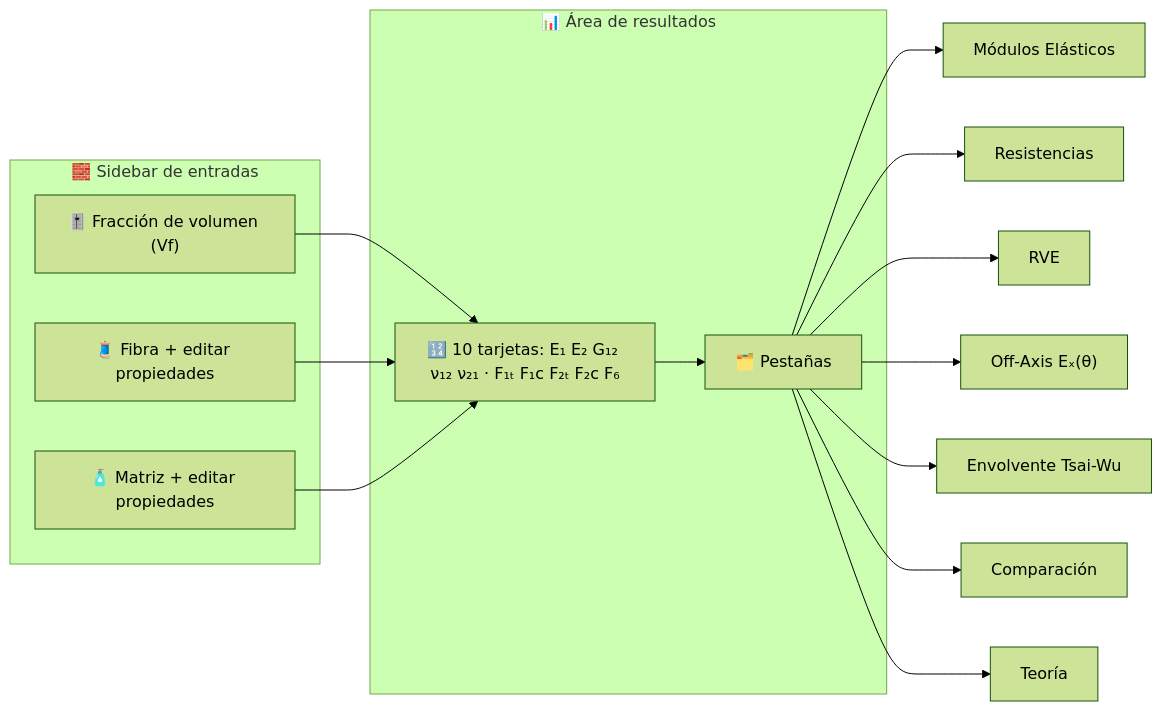
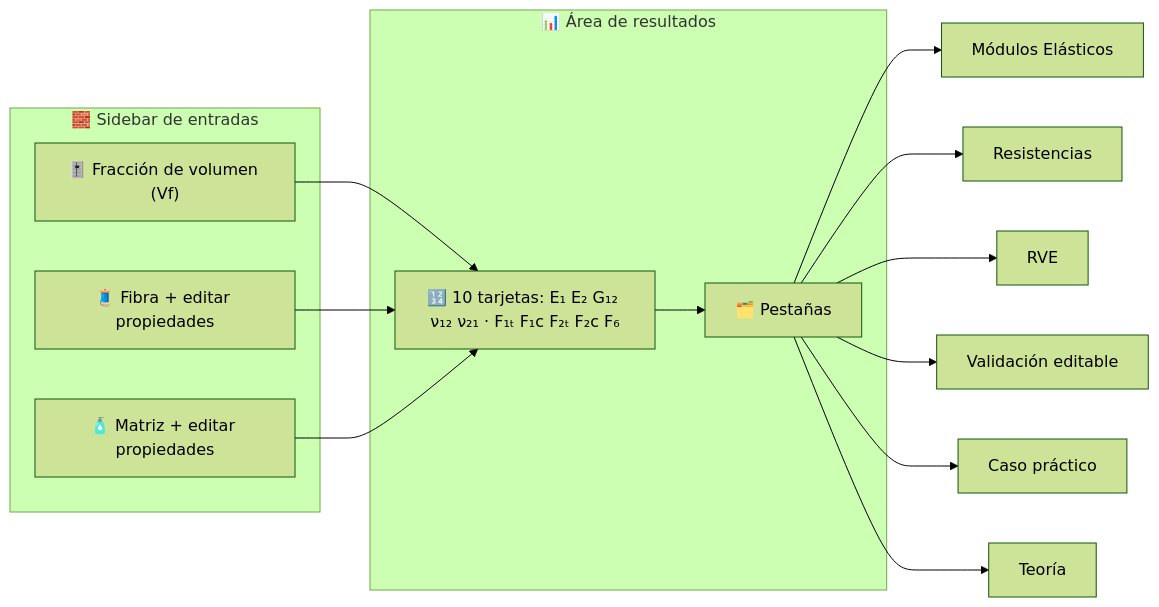
One commit to YnnySA/micromat changed the first of 2 diagrams in README.md. Above: the diagram before and after it, drawn with Mermaid (forest theme). The commit also changed other lines of this file and 4 other files, not shown here.

````diff
--- a/README.md
+++ b/README.md
@@ -74,26 +76,25 @@
 ```mermaid
 flowchart LR
     subgraph SIDEBAR["🧱 Sidebar de entradas"]
         VF["🎚️ Fracción de volumen (Vf)"]
         FB["🧵 Fibra + editar propiedades"]
         MT["🧴 Matriz + editar propiedades"]
     end
 
     subgraph MAIN["📊 Área de resultados"]
         CARDS["🔢 10 tarjetas: E₁ E₂ G₁₂ ν₁₂ ν₂₁ · F₁ₜ F₁c F₂ₜ F₂c F₆"]
         TABS["🗂️ Pestañas"]
     end
 
     VF --> CARDS
     FB --> CARDS
     MT --> CARDS
     CARDS --> TABS
 
     TABS --> T1["Módulos Elásticos"]
     TABS --> T2["Resistencias"]
     TABS --> T3["RVE"]
-    TABS --> T4["Off-Axis Eₓ(θ)"]
-    TABS --> T5["Envolvente Tsai-Wu"]
-    TABS --> T6["Comparación"]
-    TABS --> T7["Teoría"]
+    TABS --> T4["Validación editable"]
+    TABS --> T5["Caso práctico"]
+    TABS --> T6["Teoría"]
 ```
````
